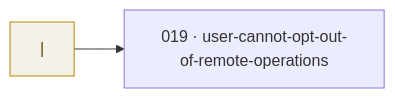
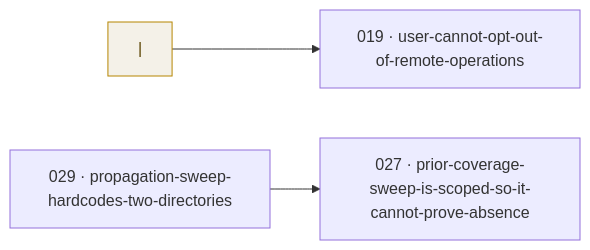
One commit to justmaniv/cannery-row changed the diagram in docs/task-board.md. Above: the diagram before and after it, drawn with Mermaid. The commit also changed other lines of this file and 2 other files, not shown here.

````diff
--- a/docs/task-board.md
+++ b/docs/task-board.md
@@ -36,9 +36,12 @@
 ```mermaid
 graph LR
   X1["|"]
   T019["019 · user-cannot-opt-out-of-remote-operations"]
+  T029["029 · propagation-sweep-hardcodes-two-directories"]
+  T027["027 · prior-coverage-sweep-is-scoped-so-it-cannot-prove-absence"]
   X1 --> T019
+  T029 --> T027
   classDef satisfied fill:#EAF2EA,stroke:#3A7D44,color:#1F3D24;
   classDef external fill:#F4F1E8,stroke:#B58500,color:#5A4300;
   class X1 external
 ```
````
